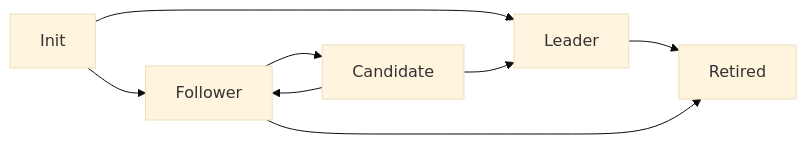
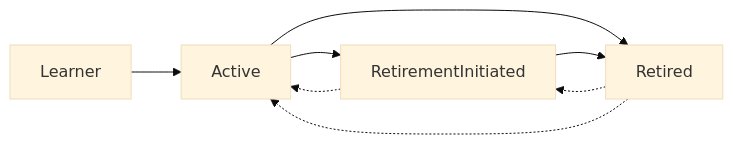
The first of 2 diagrams in doc/overview/consensus/index.rst (microsoft/CCF), drawn with Mermaid (base theme) before and after one commit. The commit also changed other lines of this file and 3 other files, not shown here.

```diff
--- a/doc/overview/consensus/index.rst
+++ b/doc/overview/consensus/index.rst
@@ -37,10 +39,10 @@
 .. mermaid::
 
-    graph LR;
-        Init-->Leader;
-        Init-->Follower;
-        Follower-->Candidate;
-        Candidate-->Follower;
-        Candidate-->Leader;
-        Leader-->Retired;
-        Follower-->Retired;
+    graph LR;  
+        Learner-->Active
+        Active-->RetirementInitiated
+        Active-->Retired
+        RetirementInitiated-.->Active
+        RetirementInitiated-->Retired
+        Retired-.->RetirementInitiated
+        Retired-.->Active
```
